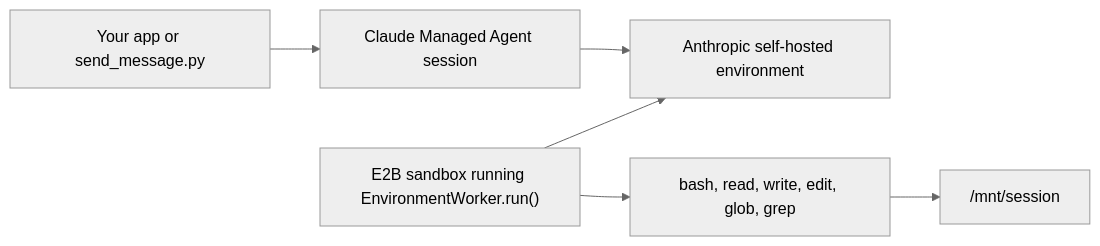
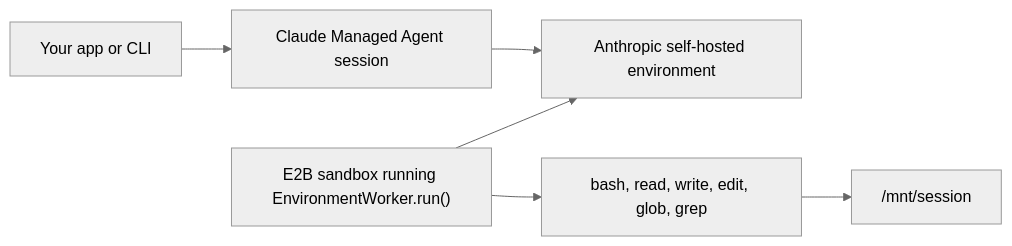
One commit to e2b-dev/e2b-cookbook changed the diagram in examples/anthropic-managed-agents/python/README.md. Above: the diagram before and after it, drawn with Mermaid (neutral theme). The commit also changed other lines of this file and 14 other files, not shown here.

````diff
--- a/examples/anthropic-managed-agents/python/README.md
+++ b/examples/anthropic-managed-agents/python/README.md
@@ -7,8 +7,8 @@
 ```mermaid
 flowchart LR
-    app["Your app or send_message.py"] --> session["Claude Managed Agent session"]
+    app["Your app or CLI"] --> session["Claude Managed Agent session"]
     session --> queue["Anthropic self-hosted environment"]
     worker["E2B sandbox running EnvironmentWorker.run()"] --> queue
     worker --> tools["bash, read, write, edit, glob, grep"]
     tools --> workdir["/mnt/session"]
 ```
````
